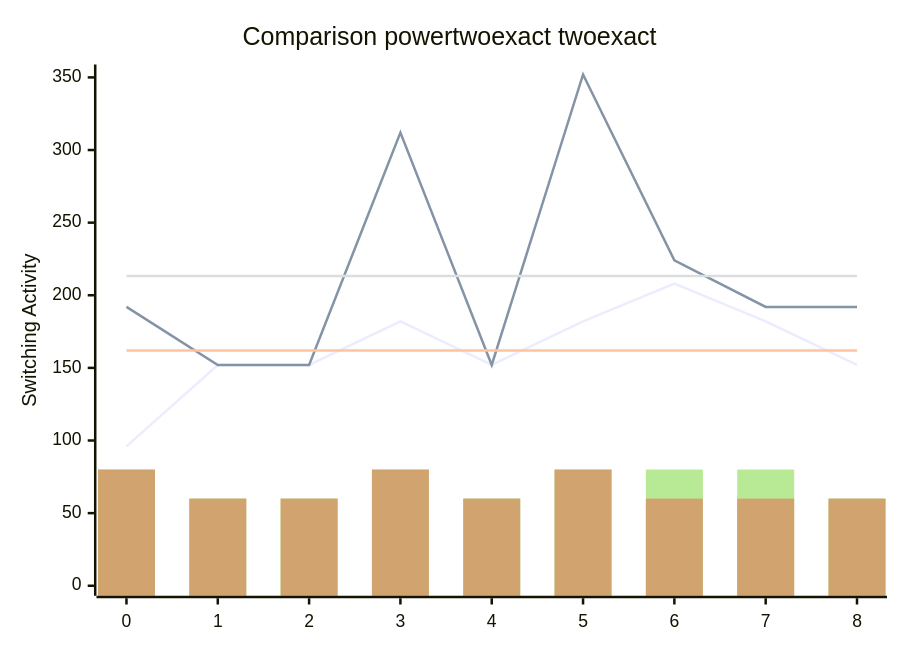
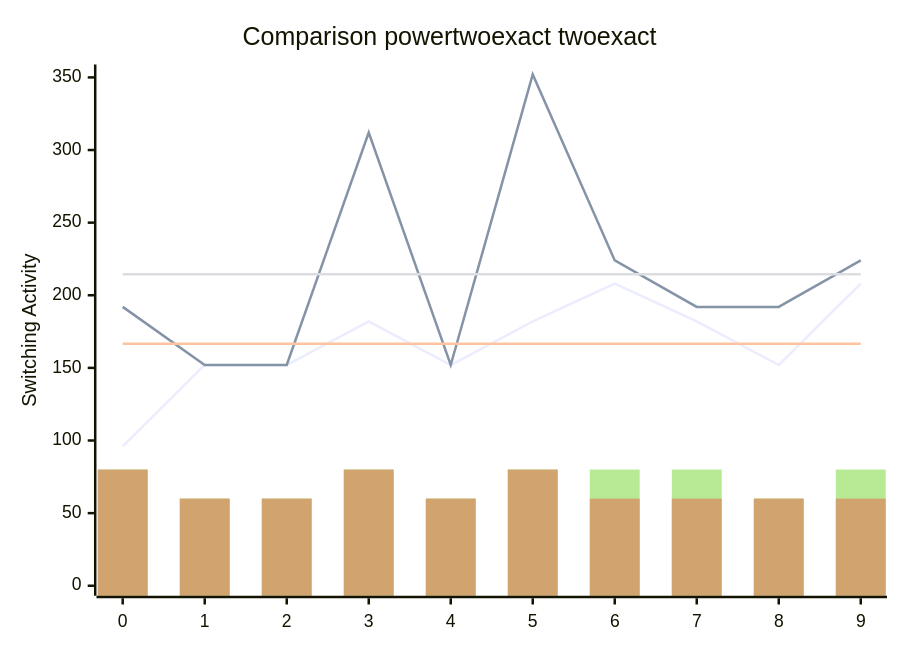
One commit to FeldmeierMichael/Exact-Power-Synthesis changed the diagram in benchmark.md. Above: the diagram before and after it, drawn with Mermaid. The commit also changed other lines of this file and 2 other files, not shown here.

````diff
--- a/benchmark.md
+++ b/benchmark.md
@@ -19,12 +21,12 @@
 ```mermaid
 xychart-beta
     title "Comparison powertwoexact twoexact"
-    x-axis [0, 1, 2, 3, 4, 5, 6, 7, 8]
+    x-axis [0, 1, 2, 3, 4, 5, 6, 7, 8, 9]
     y-axis "Switching Activity" 0-->352
-    line [96, 152, 152, 182, 152, 182, 208, 182, 152]
-    line [192, 152, 152, 312, 152, 352, 224, 192, 192]
-    line [162.0, 162.0, 162.0, 162.0, 162.0, 162.0, 162.0, 162.0, 162.0]
-    line [213.33333333333334, 213.33333333333334, 213.33333333333334, 213.33333333333334, 213.33333333333334, 213.33333333333334, 213.33333333333334, 213.33333333333334, 213.33333333333334]
-    bar [80, 60, 60, 80, 60, 80, 80, 80, 60]
-    bar [80, 60, 60, 80, 60, 80, 60, 60, 60]
+    line [96, 152, 152, 182, 152, 182, 208, 182, 152, 208]
+    line [192, 152, 152, 312, 152, 352, 224, 192, 192, 224]
+    line [166.6, 166.6, 166.6, 166.6, 166.6, 166.6, 166.6, 166.6, 166.6, 166.6]
+    line [214.4, 214.4, 214.4, 214.4, 214.4, 214.4, 214.4, 214.4, 214.4, 214.4]
+    bar [80, 60, 60, 80, 60, 80, 80, 80, 60, 80]
+    bar [80, 60, 60, 80, 60, 80, 60, 60, 60, 60]
 ```
````
